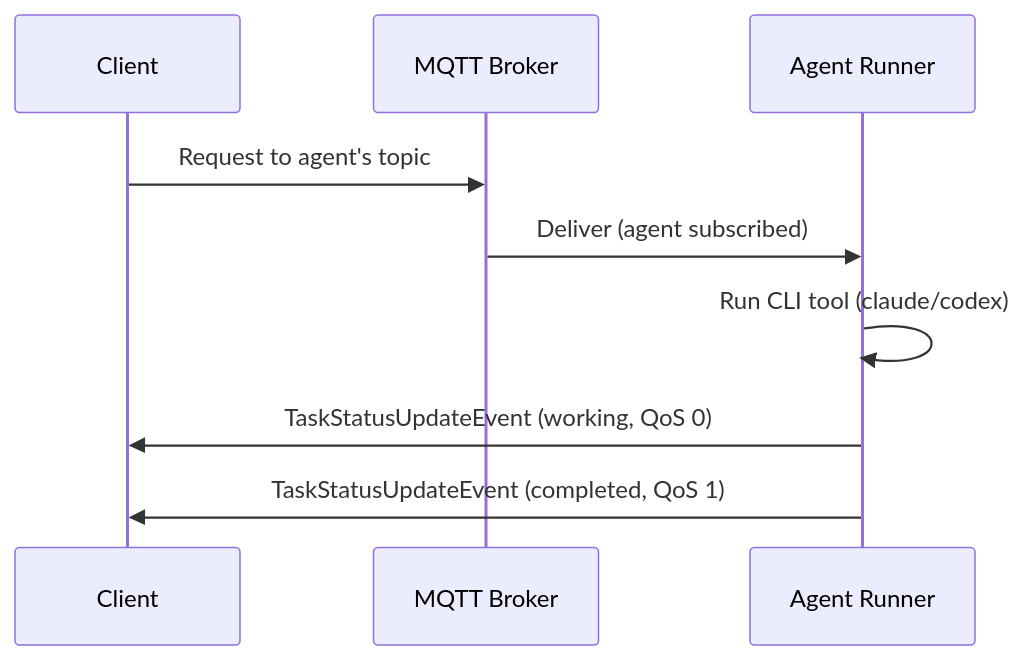
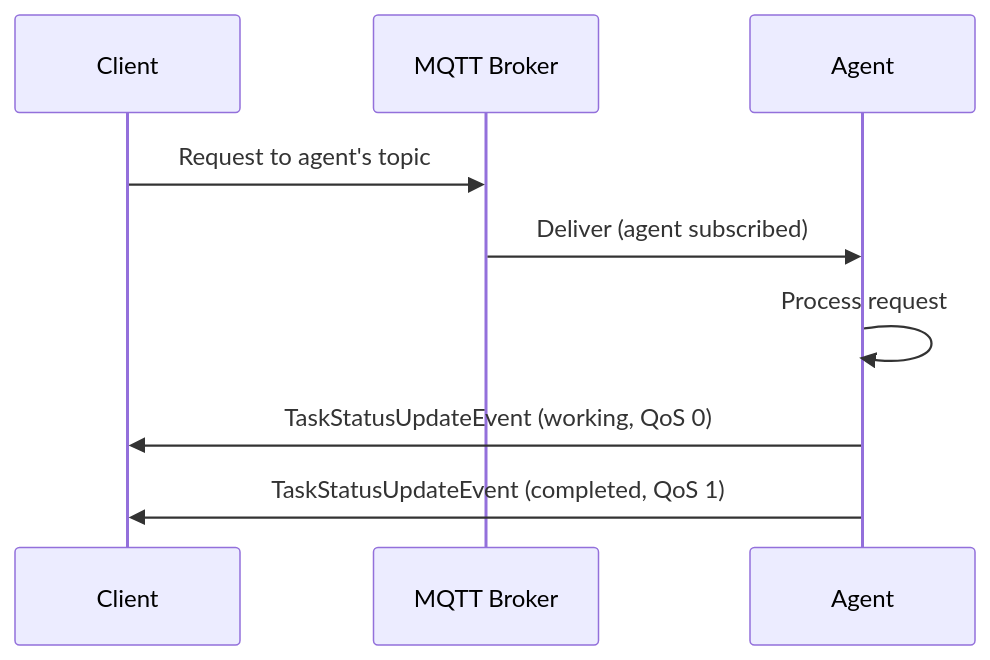
One commit to id/skitter changed the first of 4 diagrams in docs/architecture.md. Above: the diagram before and after it, drawn with Mermaid. The commit also changed other lines of this file and 5 other files, not shown here.

````diff
--- a/docs/architecture.md
+++ b/docs/architecture.md
@@ -52,12 +52,12 @@
 ```mermaid
 sequenceDiagram
     participant C as Client
     participant B as MQTT Broker
-    participant A as Agent Runner
+    participant A as Agent
 
     C->>B: Request to agent's topic
     B->>A: Deliver (agent subscribed)
-    A->>A: Run CLI tool (claude/codex)
+    A->>A: Process request
     A->>C: TaskStatusUpdateEvent (working, QoS 0)
     A->>C: TaskStatusUpdateEvent (completed, QoS 1)
 ```
````
